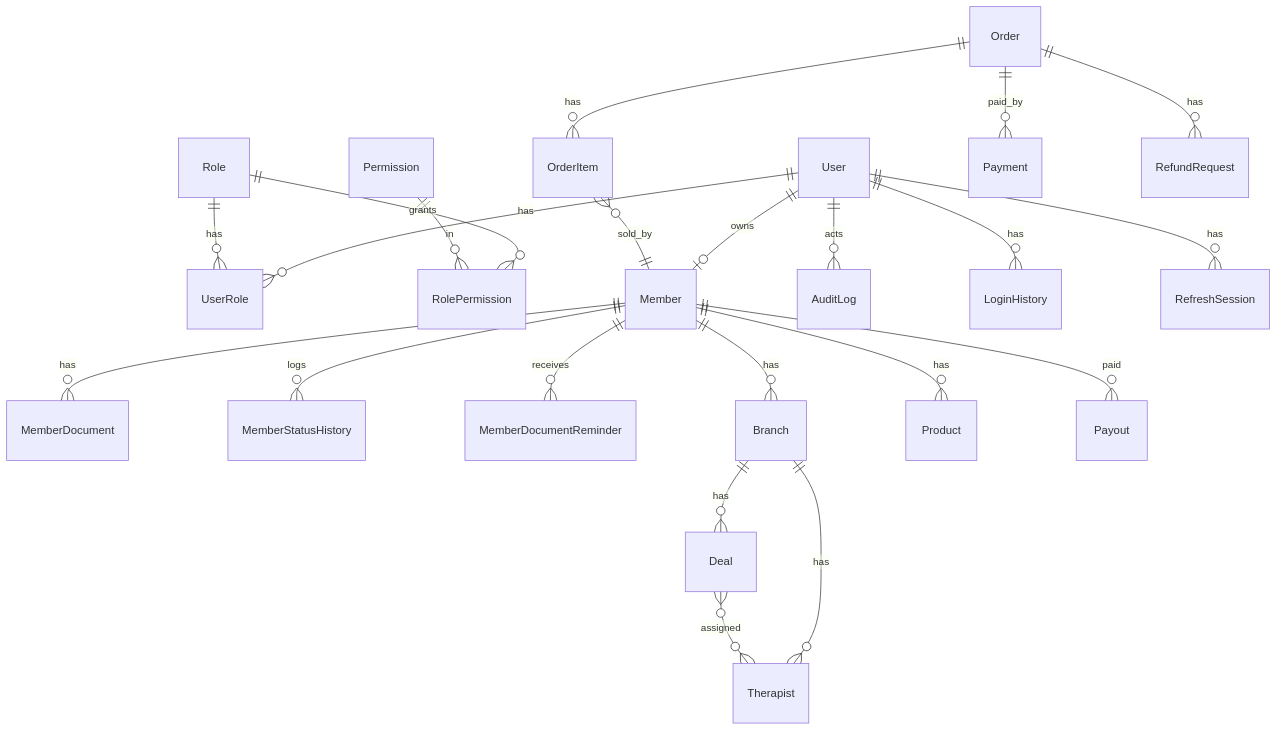
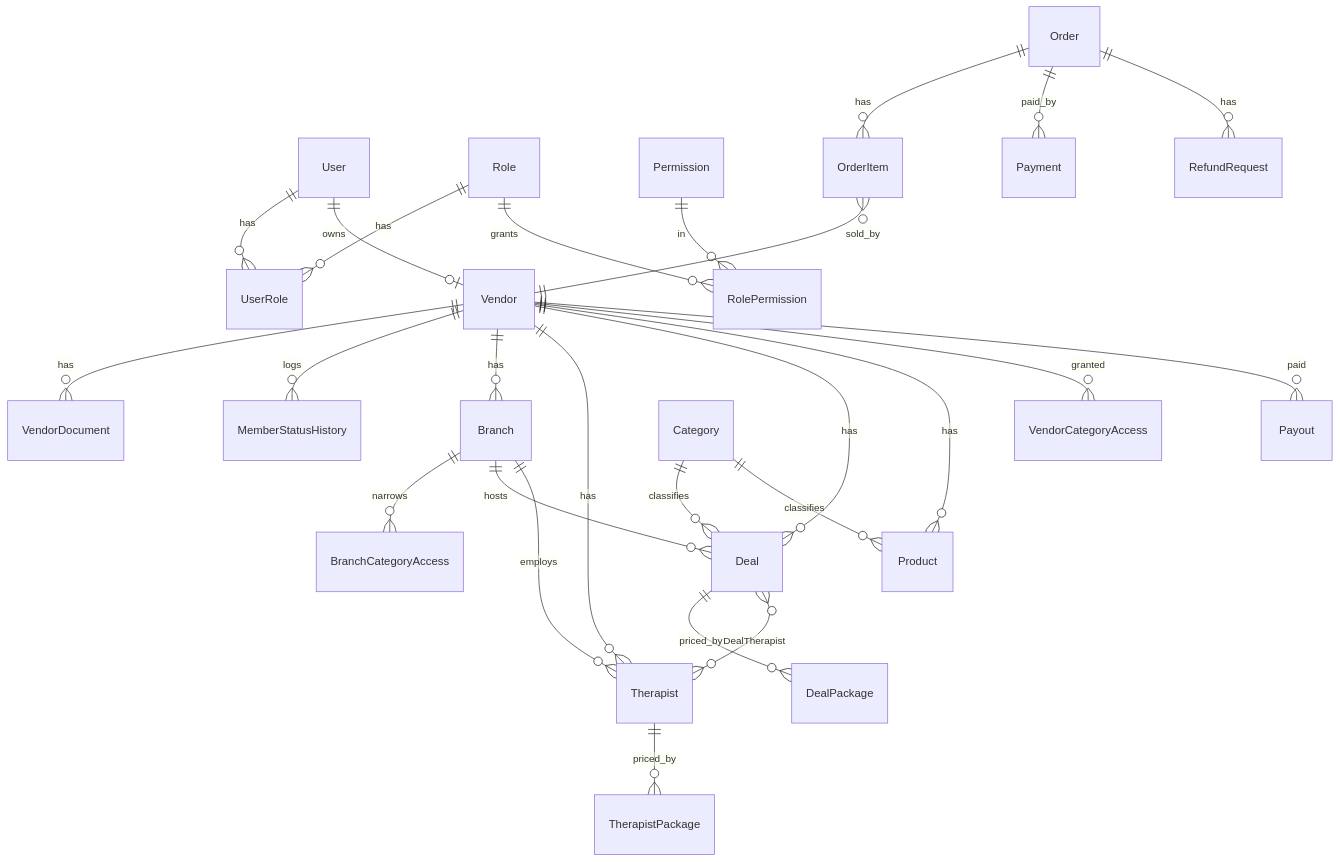
Before and after one commit to mxsan5555/skylabs-monorepo: the diagram in docs/msd/ADMIN_RBAC_MASTER_PLAN.md, drawn with Mermaid. The commit also changed other lines of this file and 9 other files, not shown here.

````diff
--- a/docs/msd/ADMIN_RBAC_MASTER_PLAN.md
+++ b/docs/msd/ADMIN_RBAC_MASTER_PLAN.md
@@ -156,24 +234,28 @@
 ```mermaid
 erDiagram
   User ||--o{ UserRole : has
   Role ||--o{ UserRole : has
   Role ||--o{ RolePermission : grants
   Permission ||--o{ RolePermission : in
-  User ||--o| Member : owns
-  Member ||--o{ MemberDocument : has
-  Member ||--o{ MemberStatusHistory : logs
-  Member ||--o{ MemberDocumentReminder : receives
-  Member ||--o{ Branch : has
-  Branch ||--o{ Deal : has
-  Branch ||--o{ Therapist : has
-  Deal }o--o{ Therapist : assigned
-  Member ||--o{ Product : has
+  User ||--o| Vendor : owns
+  Vendor ||--o{ VendorDocument : has
+  Vendor ||--o{ MemberStatusHistory : logs
+  Vendor ||--o{ Branch : has
+  Vendor ||--o{ Therapist : has
+  Vendor ||--o{ Deal : has
+  Vendor ||--o{ Product : has
+  Vendor ||--o{ VendorCategoryAccess : granted
+  Branch ||--o{ BranchCategoryAccess : narrows
+  Branch ||--o{ Deal : hosts
+  Branch ||--o{ Therapist : employs
+  Deal ||--o{ DealPackage : priced_by
+  Deal }o--o{ Therapist : DealTherapist
+  Therapist ||--o{ TherapistPackage : priced_by
+  Category ||--o{ Deal : classifies
+  Category ||--o{ Product : classifies
   Order ||--o{ OrderItem : has
-  OrderItem }o--|| Member : sold_by
+  OrderItem }o--|| Vendor : sold_by
   Order ||--o{ Payment : paid_by
   Order ||--o{ RefundRequest : has
-  Member ||--o{ Payout : paid
-  User ||--o{ AuditLog : acts
-  User ||--o{ LoginHistory : has
-  User ||--o{ RefreshSession : has
+  Vendor ||--o{ Payout : paid
 ```
````
